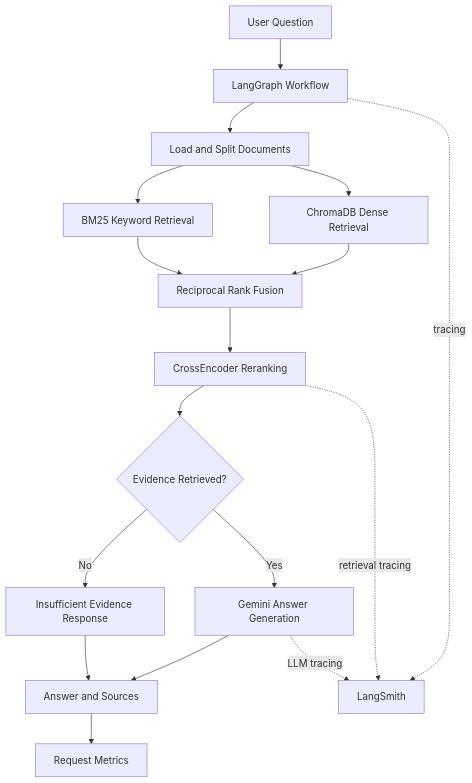
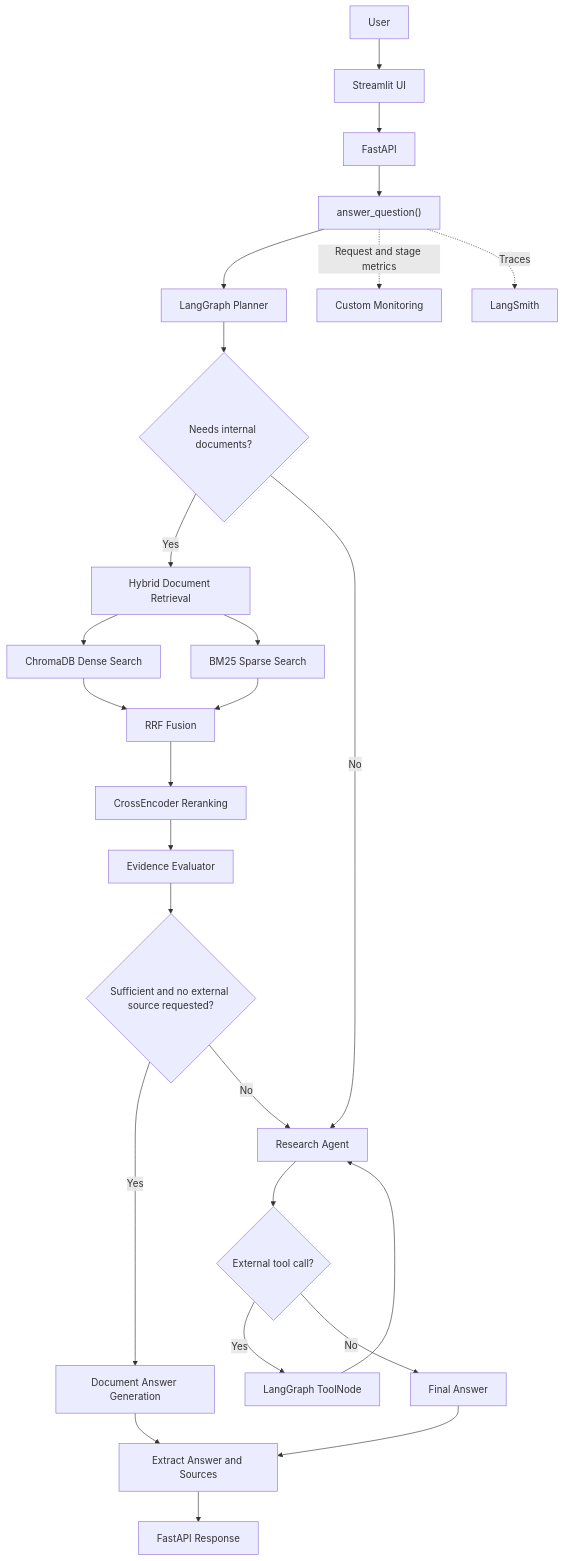
The diagram in README.md (EshikaGupta/SentinelAI), drawn with Mermaid before and after one commit. The commit also changed other lines of this file, not shown here.

````diff
--- a/README.md
+++ b/README.md
@@ -91,19 +281,34 @@
-```mermaid
+``` mermaid
 flowchart TD
-    A[User Question] --> B[LangGraph Workflow]
-    B --> C[Load and Split Documents]
-    C --> D[ChromaDB Dense Retrieval]
-    C --> E[BM25 Keyword Retrieval]
-    D --> F[Reciprocal Rank Fusion]
-    E --> F
-    F --> G[CrossEncoder Reranking]
-    G --> H{Evidence Retrieved?}
-    H -->|Yes| I[Gemini Answer Generation]
-    H -->|No| J[Insufficient Evidence Response]
-    I --> K[Answer and Sources]
-    J --> K
-    K --> L[Request Metrics]
-    B -. tracing .-> M[LangSmith]
-    G -. retrieval tracing .-> M
-    I -. LLM tracing .-> M
+    A["User"] --> B["Streamlit UI"]
+    B --> C["FastAPI"]
+    C --> D["answer_question()"]
+    D --> E["LangGraph Planner"]
+
+    E --> F{"Needs internal documents?"}
+    F -->|Yes| G["Hybrid Document Retrieval"]
+    F -->|No| N["Research Agent"]
+
+    G --> H["ChromaDB Dense Search"]
+    G --> I["BM25 Sparse Search"]
+    H --> J["RRF Fusion"]
+    I --> J
+    J --> K["CrossEncoder Reranking"]
+    K --> L["Evidence Evaluator"]
+
+    L --> M{"Sufficient and no external source requested?"}
+    M -->|Yes| O["Document Answer Generation"]
+    M -->|No| N
+
+    N --> P{"External tool call?"}
+    P -->|Yes| Q["LangGraph ToolNode"]
+    Q --> N
+    P -->|No| R["Final Answer"]
+
+    O --> S["Extract Answer and Sources"]
+    R --> S
+    S --> T["FastAPI Response"]
+
+    D -. "Request and stage metrics" .-> U["Custom Monitoring"]
+    D -. "Traces" .-> V["LangSmith"]
 ```
````
